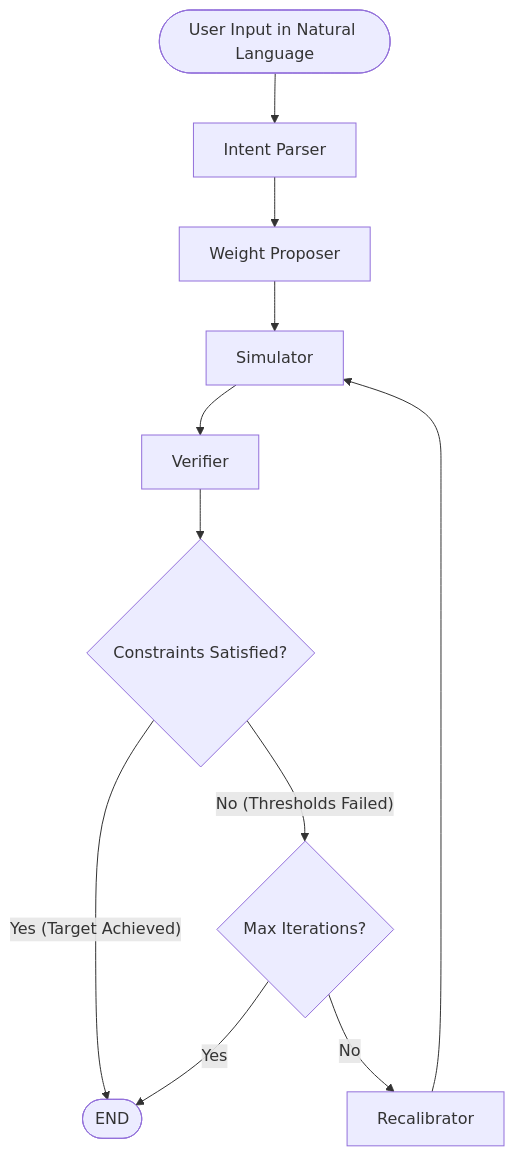
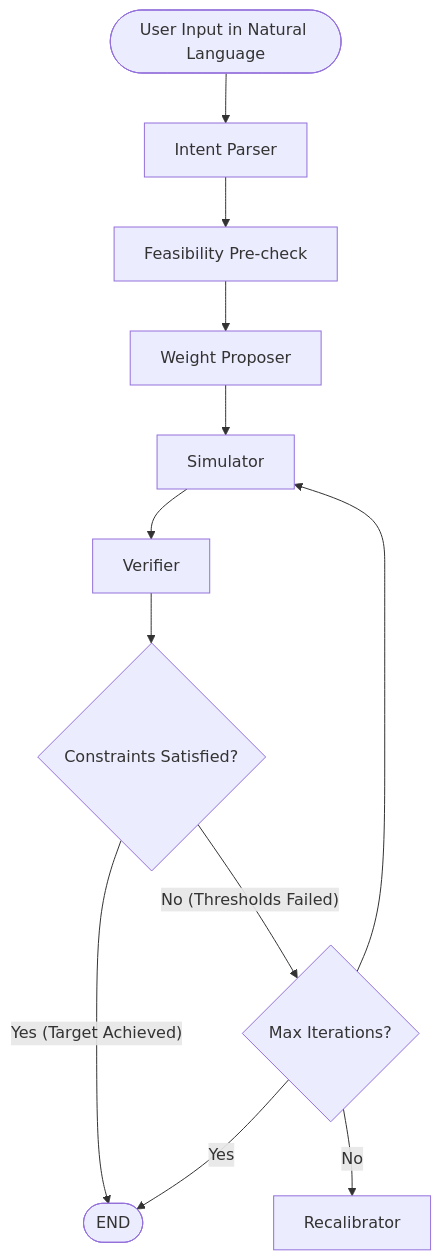
The diagram in README.md (irinangela/IBN-agent), drawn with Mermaid before and after one commit. The commit also changed other lines of this file and 10 other files, not shown here.

````diff
--- a/README.md
+++ b/README.md
@@ -11,14 +11,14 @@
 ```mermaid
 graph TD
     A([User Input in Natural Language]) --> B[Intent Parser]
-    B --> C[Weight Proposer]
-    C --> D[Simulator]
-    D --> E[Verifier ]
-    E --> F{Constraints Satisfied?}
-    F -- Yes (Target Achieved) --> G([END])
-    F -- No (Thresholds Failed) --> H{Max Iterations?}
-    H -- Yes --> G
-    H -- No --> I[Recalibrator]
-    I --> D
-
+    B --> C[Feasibility Pre-check]
+    C --> D[Weight Proposer]
+    D --> E[Simulator]
+    E --> F[Verifier]
+    F --> G{Constraints Satisfied?}
+    G -- Yes (Target Achieved) --> H([END])
+    G -- No (Thresholds Failed) --> I{Max Iterations?}
+    I -- Yes --> H
+    I -- No --> J[Recalibrator]
+    I --> E
 ```
````
